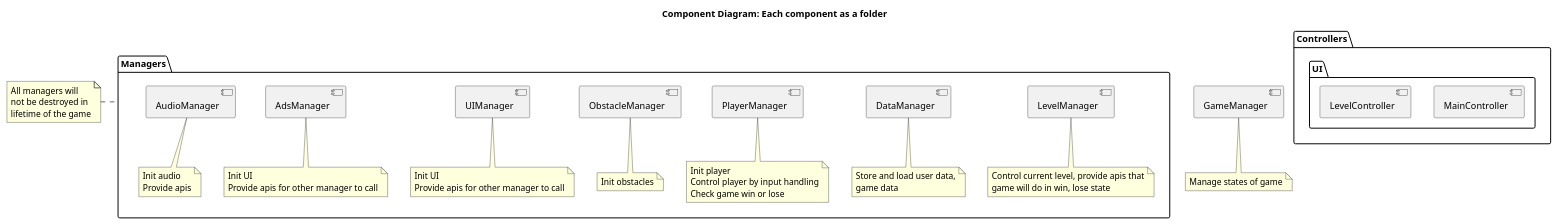
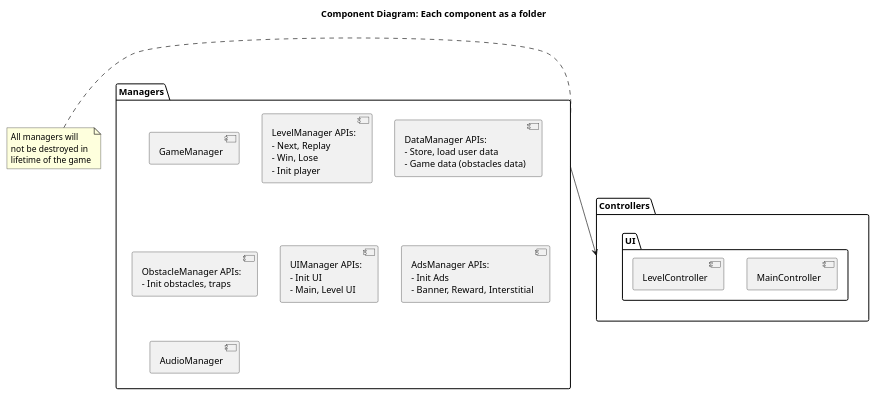
The diagram in Docs/Diagram.puml (SmileDragonfly/Wukong-Troll---Die-Again), drawn with PlantUML before and after one commit. The commit also changed 2 other files, not shown here.

Commit message:
Update component diagram and add sequence diagram

```diff
--- a/Docs/Diagram.puml
+++ b/Docs/Diagram.puml
@@ -1,56 +1,46 @@
 @startuml
 title Component Diagram: Each component as a folder
-component GameManager
-note bottom of GameManager
-    Manage states of game
-end note
 package Managers {
-    component LevelManager
-    note bottom of LevelManager
-        Control current level, provide apis that
-        game will do in win, lose state
-    end note
-    component DataManager
-    note bottom of DataManager
-        Store and load user data,
-        game data
-    end note
-    component PlayerManager
-    note bottom of PlayerManager
-        Init player
-        Control player by input handling
-        Check game win or lose
-    end note
-    component ObstacleManager
-    note bottom of ObstacleManager
-        Init obstacles
-    end note
-    component UIManager
-    note bottom of UIManager
-        Init UI
-        Provide apis for other manager to call
-    end note
-    component AdsManager
-    note bottom of AdsManager
-        Init UI
-        Provide apis for other manager to call
-    end note
+    component GameManager
+    component LevelManager [
+        LevelManager APIs:
+        - Next, Replay
+        - Win, Lose
+        - Init player
+    ]
+    component DataManager [
+        DataManager APIs:
+        - Store, load user data
+        - Game data (obstacles data)
+    ]
+    component ObstacleManager [
+        ObstacleManager APIs:
+        - Init obstacles, traps
+    ]
+    component UIManager [
+        UIManager APIs:
+        - Init UI
+        - Main, Level UI
+    ]
+    component AdsManager [
+        AdsManager APIs:
+        - Init Ads
+        - Banner, Reward, Interstitial
+    ]
     component AudioManager
-    note bottom of AudioManager
-        Init audio
-        Provide apis
-    end note
 }
 note left of Managers
     All managers will 
     not be destroyed in 
     lifetime of the game
 end note
 
 package Controllers {
     package UI {
         component MainController
         component LevelController
     }
 }
+
+Managers --> Controllers
 @enduml
```
